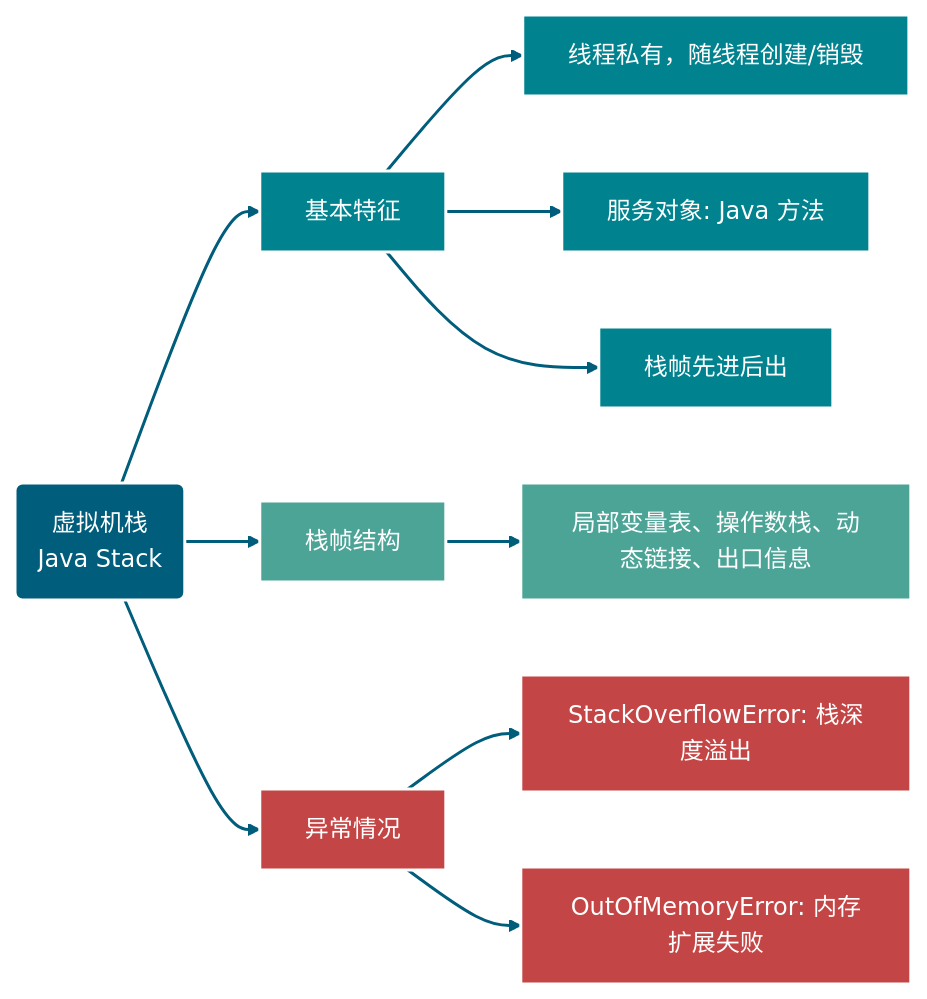
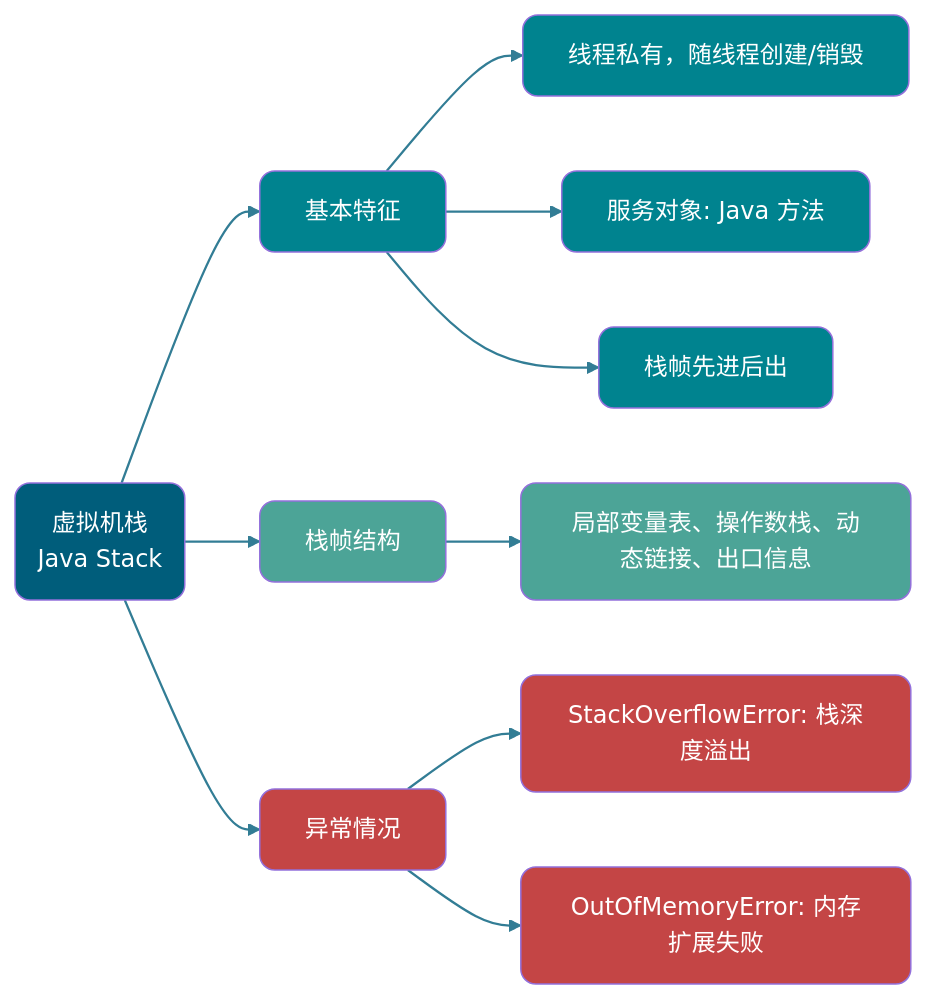
One commit to Snailclimb/JavaGuide changed the second of 9 diagrams in docs/java/jvm/memory-area.md. Above: the diagram before and after it, drawn with Mermaid. The commit also changed other lines of this file and 7 other files, not shown here.

Commit message:
docs：mermaid 配图样式优化

````diff
--- a/docs/java/jvm/memory-area.md
+++ b/docs/java/jvm/memory-area.md
@@ -116,29 +116,29 @@
 ```mermaid
 graph LR
     %% 颜色定义
-    classDef main fill:#005D7B,stroke:#fff,stroke-width:2px,color:#fff;
-    classDef compare fill:#00838F,stroke:#fff,stroke-width:2px,color:#fff;
-    classDef structure fill:#4CA497,stroke:#fff,stroke-width:2px,color:#fff;
-    classDef error fill:#C44545,stroke:#fff,stroke-width:2px,color:#fff;
+    classDef main fill:#005D7B,color:#fff,rx:10,ry:10;
+    classDef compare fill:#00838F,color:#fff,rx:10,ry:10;
+    classDef structure fill:#4CA497,color:#fff,rx:10,ry:10;
+    classDef error fill:#C44545,color:#fff,rx:10,ry:10;
 
     %% 核心节点
     Root(虚拟机栈<br/>Java Stack):::main
 
     %% 分支1：定义与对比
     Root --> Comp[基本特征]:::compare
     Comp --> Comp1[线程私有，随线程创建/销毁]:::compare
     Comp --> Comp2[服务对象: Java 方法]:::compare
     Comp --> Comp3[栈帧先进后出]:::compare
 
     %% 分支2：栈帧结构
     Root --> Struct[栈帧结构]:::structure
     Struct --> S1[局部变量表、操作数栈、动态链接、出口信息]:::structure
 
     %% 分支3：异常情况
     Root --> Err[异常情况]:::error
     Err --> Err1[StackOverflowError: 栈深度溢出]:::error
     Err --> Err2[OutOfMemoryError: 内存扩展失败]:::error
 
     %% 线条样式
-    linkStyle default stroke:#005D7B,stroke-width:2px;
+    linkStyle default stroke:#005D7B,stroke-width:1.5px,opacity:0.8
 ```
````
